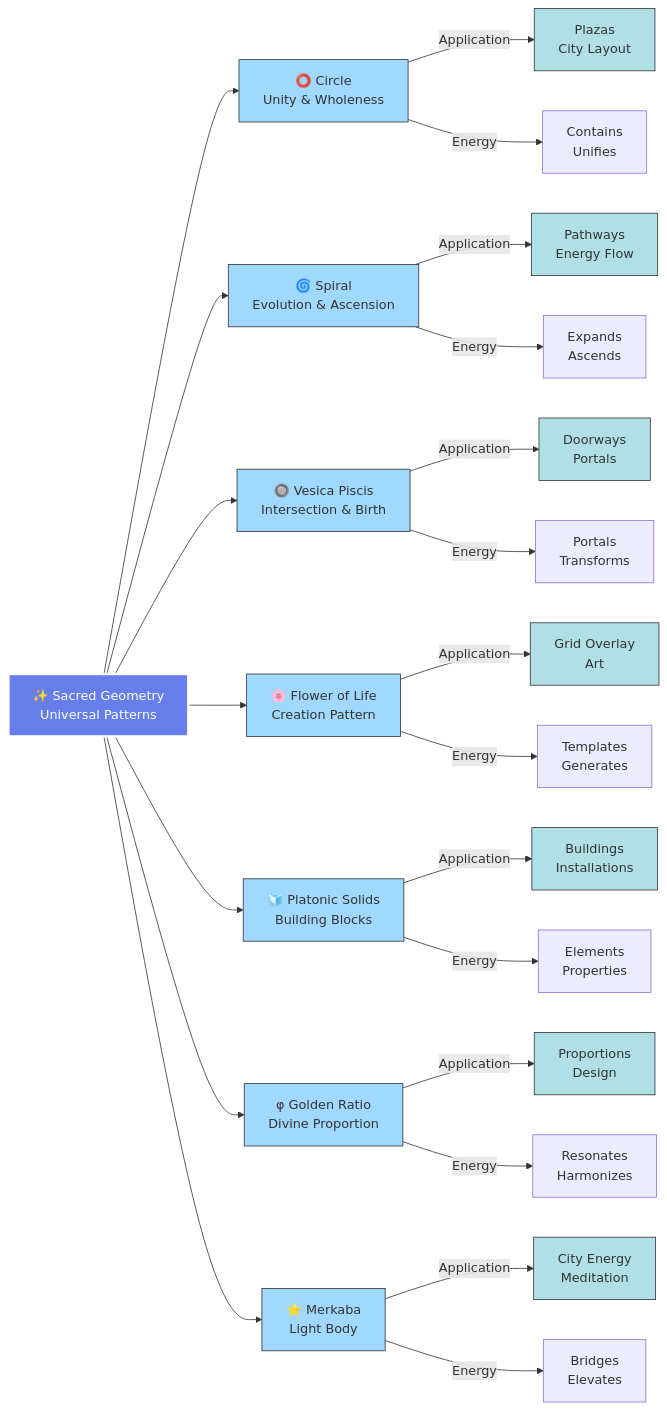
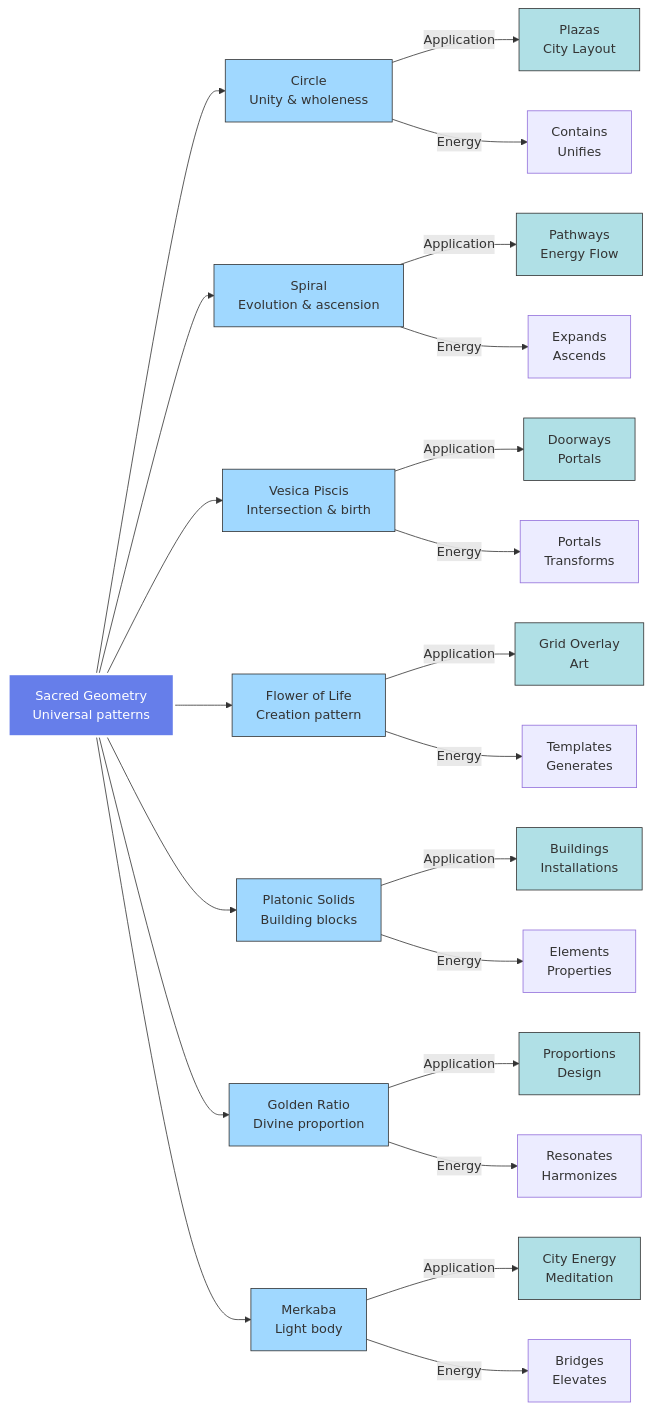
The diagram in website/docs/concepts/sacred-geometry.md (szemkoff/light-city-project), drawn with Mermaid before and after one commit. The commit also changed 16 other files, not shown here.

````diff
--- a/website/docs/concepts/sacred-geometry.md
+++ b/website/docs/concepts/sacred-geometry.md
@@ -45,44 +45,44 @@
 ```mermaid
 graph LR
-    SG["✨ Sacred Geometry<br/>Universal Patterns"]
+    SG["Sacred Geometry<br/>Universal patterns"]
     
-    SG --> C["⭕ Circle<br/>Unity & Wholeness"]
-    SG --> Sp["🌀 Spiral<br/>Evolution & Ascension"]
-    SG --> VP["🔘 Vesica Piscis<br/>Intersection & Birth"]
-    SG --> FL["🌸 Flower of Life<br/>Creation Pattern"]
-    SG --> PS["🧊 Platonic Solids<br/>Building Blocks"]
-    SG --> GR["φ Golden Ratio<br/>Divine Proportion"]
-    SG --> MK["⭐ Merkaba<br/>Light Body"]
+    SG --> C["Circle<br/>Unity & wholeness"]
+    SG --> Sp["Spiral<br/>Evolution & ascension"]
+    SG --> VP["Vesica Piscis<br/>Intersection & birth"]
+    SG --> FL["Flower of Life<br/>Creation pattern"]
+    SG --> PS["Platonic Solids<br/>Building blocks"]
+    SG --> GR["Golden Ratio<br/>Divine proportion"]
+    SG --> MK["Merkaba<br/>Light body"]
     
     C -->|Application| CApp["Plazas<br/>City Layout"]
     Sp -->|Application| SpApp["Pathways<br/>Energy Flow"]
     VP -->|Application| VPApp["Doorways<br/>Portals"]
     FL -->|Application| FLApp["Grid Overlay<br/>Art"]
     PS -->|Application| PSApp["Buildings<br/>Installations"]
     GR -->|Application| GRApp["Proportions<br/>Design"]
     MK -->|Application| MKApp["City Energy<br/>Meditation"]
     
     C -->|Energy| CEnergy["Contains<br/>Unifies"]
     Sp -->|Energy| SpEnergy["Expands<br/>Ascends"]
     VP -->|Energy| VPEnergy["Portals<br/>Transforms"]
     FL -->|Energy| FLEnergy["Templates<br/>Generates"]
     PS -->|Energy| PSEnergy["Elements<br/>Properties"]
     GR -->|Energy| GREnergy["Resonates<br/>Harmonizes"]
     MK -->|Energy| MKEnergy["Bridges<br/>Elevates"]
     
     style SG fill:#667eea,stroke:#fff,color:#fff,stroke-width:3px
     style C fill:#a0d8ff,stroke:#333
     style Sp fill:#a0d8ff,stroke:#333
     style VP fill:#a0d8ff,stroke:#333
     style FL fill:#a0d8ff,stroke:#333
     style PS fill:#a0d8ff,stroke:#333
     style GR fill:#a0d8ff,stroke:#333
     style MK fill:#a0d8ff,stroke:#333
     style CApp fill:#b0e0e6,stroke:#333,stroke-width:1px
     style SpApp fill:#b0e0e6,stroke:#333,stroke-width:1px
     style VPApp fill:#b0e0e6,stroke:#333,stroke-width:1px
     style FLApp fill:#b0e0e6,stroke:#333,stroke-width:1px
     style PSApp fill:#b0e0e6,stroke:#333,stroke-width:1px
     style GRApp fill:#b0e0e6,stroke:#333,stroke-width:1px
     style MKApp fill:#b0e0e6,stroke:#333,stroke-width:1px
 ```
````
